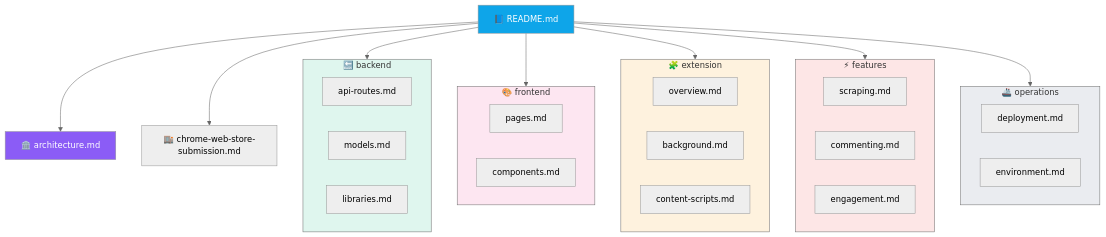
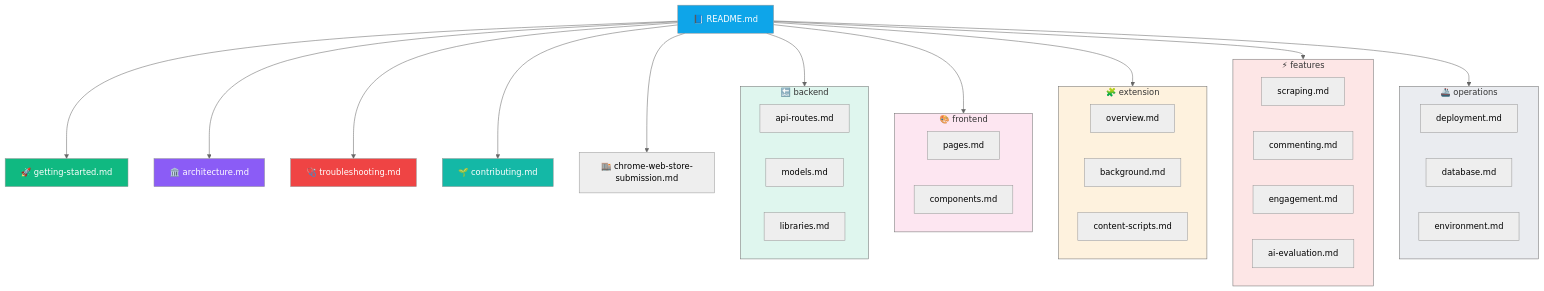
The second of 3 diagrams in docs/README.md (devserpbays/Serpbays-Bot), drawn with Mermaid (neutral theme) before and after one commit. The commit also changed other lines of this file and 5 other files, not shown here.

First line of the commit message:
docs: add 5 missing guides (getting-started, troubleshooting, AI eval, DB ops, contributing)

````diff
--- a/docs/README.md
+++ b/docs/README.md
@@ -69,51 +74,62 @@
 ```mermaid
 flowchart TB
     R[📘 README.md]
+    GS[🚀 getting-started.md]
     A[🏛️ architecture.md]
+    TS[🩺 troubleshooting.md]
+    CN[🌱 contributing.md]
 
     subgraph BE [🔙 backend]
         BA[api-routes.md]
         BM[models.md]
         BL[libraries.md]
     end
 
     subgraph FE [🎨 frontend]
         FP[pages.md]
         FC[components.md]
     end
 
     subgraph EX [🧩 extension]
         EO[overview.md]
         EB[background.md]
         ECS[content-scripts.md]
     end
 
     subgraph FT [⚡ features]
         FS[scraping.md]
         FCM[commenting.md]
         FEN[engagement.md]
+        FAI[ai-evaluation.md]
     end
 
     subgraph OPS [🚢 operations]
         OD[deployment.md]
+        ODB[database.md]
         OE[environment.md]
     end
 
     CWS[🏬 chrome-web-store-submission.md]
 
+    R --> GS
     R --> A
+    R --> TS
+    R --> CN
     R --> BE
     R --> FE
     R --> EX
     R --> FT
     R --> OPS
     R --> CWS
 
     style R fill:#0ea5e9,color:#fff
+    style GS fill:#10b981,color:#fff
     style A fill:#8b5cf6,color:#fff
+    style TS fill:#ef4444,color:#fff
+    style CN fill:#14b8a6,color:#fff
     style BE fill:#10b98122
     style FE fill:#ec489922
     style EX fill:#f59e0b22
     style FT fill:#ef444422
     style OPS fill:#64748b22
 ```
````
